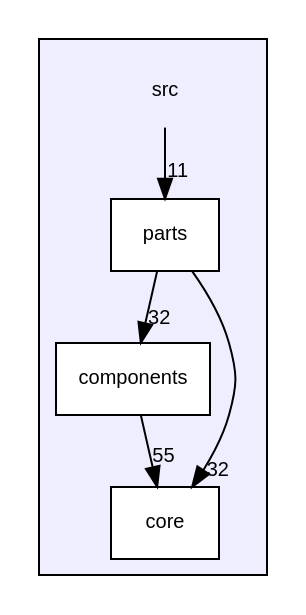
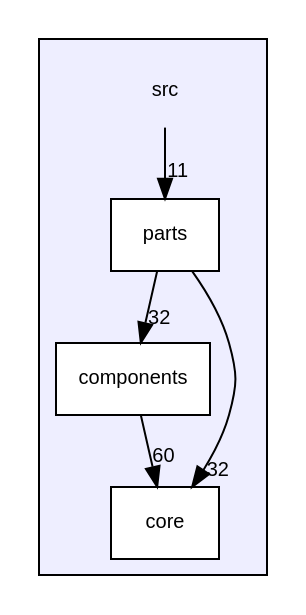
Before and after one commit to avalero/OOML: the diagram in dir_68267d1309a1af8e8297ef4c3efbcdba_dep.dot, drawn with Graphviz. The commit also changed 1118 other files, not shown here.

```diff
--- a/dir_68267d1309a1af8e8297ef4c3efbcdba_dep.dot
+++ b/dir_68267d1309a1af8e8297ef4c3efbcdba_dep.dot
@@ -1,16 +1,16 @@
 digraph "src/" {
   compound=true
   node [ fontsize="10", fontname="Helvetica"];
   edge [ labelfontsize="10", labelfontname="Helvetica"];
   subgraph clusterdir_68267d1309a1af8e8297ef4c3efbcdba {
     graph [ bgcolor="#eeeeff", pencolor="black", label="" URL="dir_68267d1309a1af8e8297ef4c3efbcdba.html"];
     dir_68267d1309a1af8e8297ef4c3efbcdba [shape=plaintext label="src"];
     dir_3c4c7c1a85608ccd561c026bec818e51 [shape=box label="components" color="black" fillcolor="white" style="filled" URL="dir_3c4c7c1a85608ccd561c026bec818e51.html"];
     dir_aebb8dcc11953d78e620bbef0b9e2183 [shape=box label="core" color="black" fillcolor="white" style="filled" URL="dir_aebb8dcc11953d78e620bbef0b9e2183.html"];
     dir_74468c6aa5627e796dac9600ce6ada7d [shape=box label="parts" color="black" fillcolor="white" style="filled" URL="dir_74468c6aa5627e796dac9600ce6ada7d.html"];
   }
   dir_68267d1309a1af8e8297ef4c3efbcdba->dir_74468c6aa5627e796dac9600ce6ada7d [headlabel="11", labeldistance=1.5 headhref="dir_000000_000003.html"];
-  dir_3c4c7c1a85608ccd561c026bec818e51->dir_aebb8dcc11953d78e620bbef0b9e2183 [headlabel="55", labeldistance=1.5 headhref="dir_000001_000002.html"];
+  dir_3c4c7c1a85608ccd561c026bec818e51->dir_aebb8dcc11953d78e620bbef0b9e2183 [headlabel="60", labeldistance=1.5 headhref="dir_000001_000002.html"];
   dir_74468c6aa5627e796dac9600ce6ada7d->dir_3c4c7c1a85608ccd561c026bec818e51 [headlabel="32", labeldistance=1.5 headhref="dir_000003_000001.html"];
   dir_74468c6aa5627e796dac9600ce6ada7d->dir_aebb8dcc11953d78e620bbef0b9e2183 [headlabel="32", labeldistance=1.5 headhref="dir_000003_000002.html"];
 }
```
